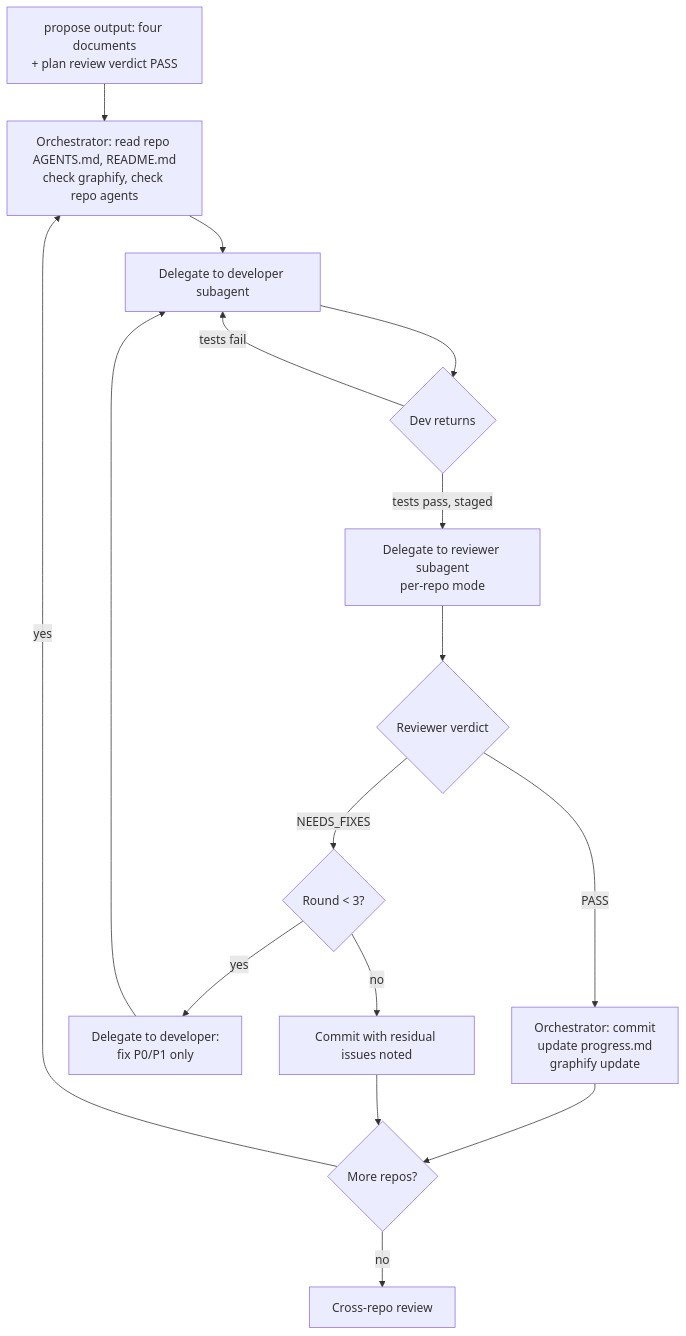
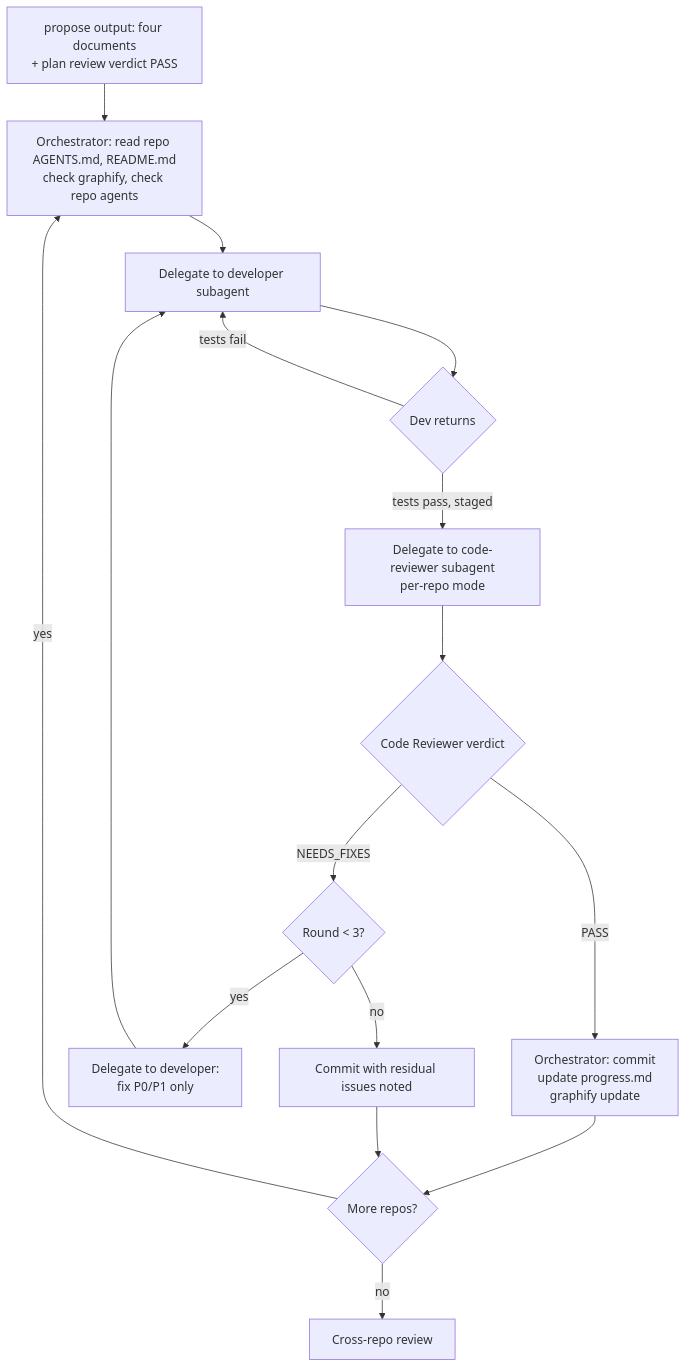
One commit to jie-meng/mythril-agent-skills changed the second of 2 diagrams in docs/fullstack/AGENT-ORCHESTRATION.md. Above: the diagram before and after it, drawn with Mermaid. The commit also changed other lines of this file and 22 other files, not shown here.

````diff
--- a/docs/fullstack/AGENT-ORCHESTRATION.md
+++ b/docs/fullstack/AGENT-ORCHESTRATION.md
@@ -204,18 +204,18 @@
 ```mermaid
 flowchart TD
     P[propose output: four documents<br/>+ plan review verdict PASS] --> A[Orchestrator: read repo AGENTS.md, README.md<br/>check graphify, check repo agents]
     A --> B[Delegate to developer subagent]
     B --> C{Dev returns}
-    C -- "tests pass, staged" --> D[Delegate to reviewer subagent<br/>per-repo mode]
+    C -- "tests pass, staged" --> D[Delegate to code-reviewer subagent<br/>per-repo mode]
     C -- "tests fail" --> B
-    D --> E{Reviewer verdict}
+    D --> E{Code Reviewer verdict}
     E -- PASS --> F[Orchestrator: commit<br/>update progress.md<br/>graphify update]
     E -- NEEDS_FIXES --> G{Round < 3?}
     G -- yes --> H[Delegate to developer:<br/>fix P0/P1 only]
     H --> B
     G -- no --> I[Commit with residual issues noted]
     F --> J{More repos?}
     I --> J
     J -- yes --> A
     J -- no --> K[Cross-repo review]
 ```
````
